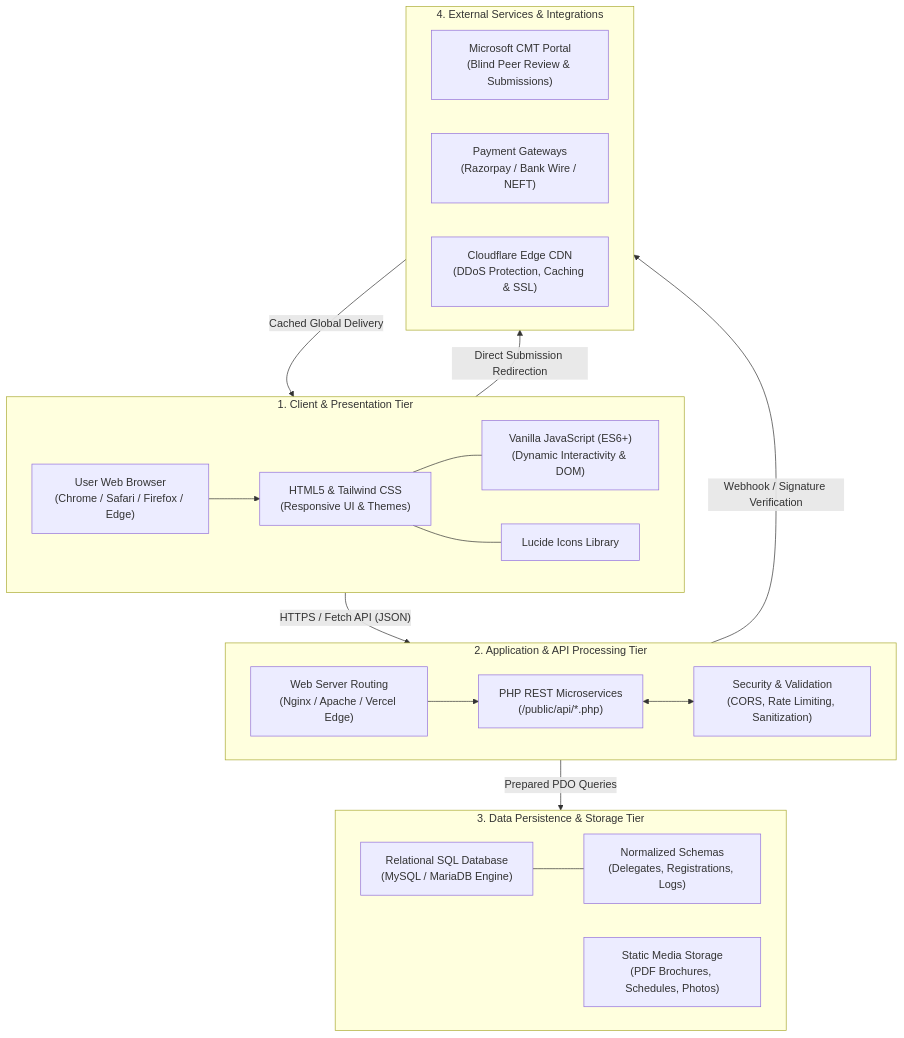
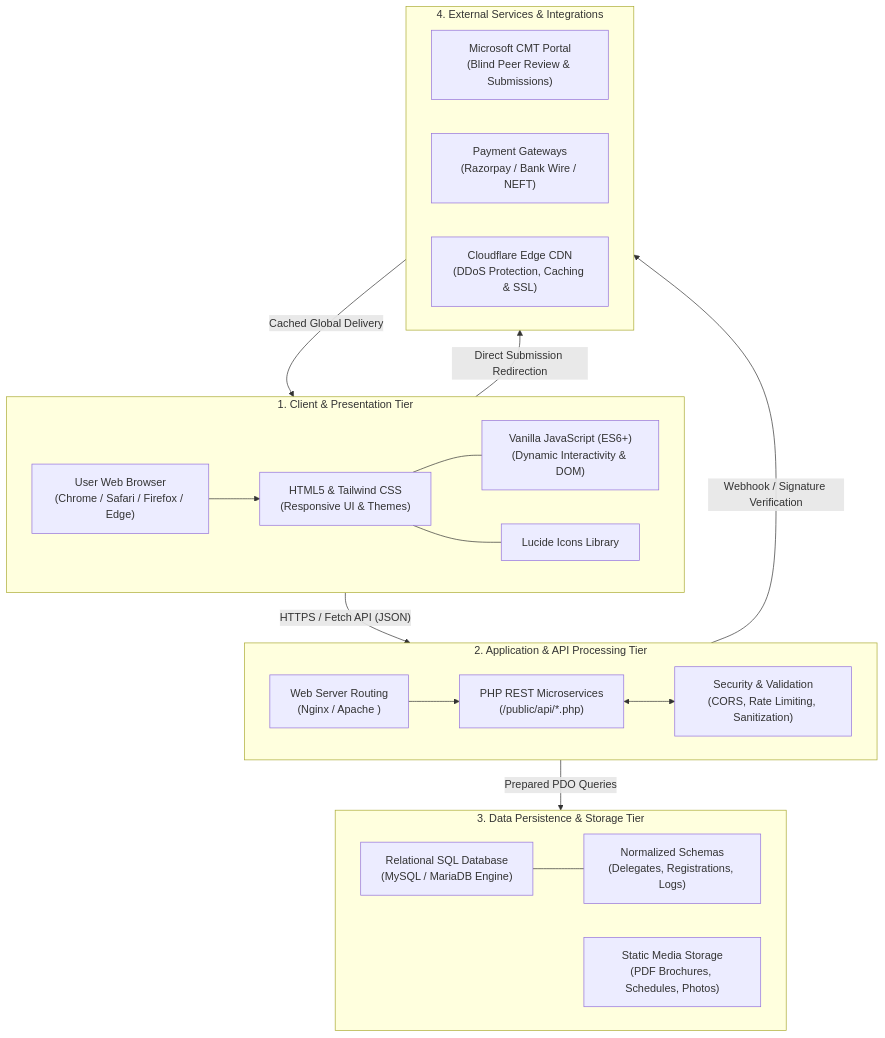
The diagram in README.md (Rlabzteam/Dyuti27), drawn with Mermaid before and after one commit.

Commit message:
Remove Vercel Edge from Web Server Routing

````diff
--- a/README.md
+++ b/README.md
@@ -66,44 +66,44 @@
 ```mermaid
 flowchart TB
     subgraph T1["1. Client & Presentation Tier"]
         direction LR
         Browser["User Web Browser\n(Chrome / Safari / Firefox / Edge)"]
         UI["HTML5 & Tailwind CSS\n(Responsive UI & Themes)"]
         JS["Vanilla JavaScript (ES6+)\n(Dynamic Interactivity & DOM)"]
         Icons["Lucide Icons Library"]
         Browser --> UI
         UI --- JS
         UI --- Icons
     end
 
     subgraph T2["2. Application & API Processing Tier"]
         direction LR
-        WebServer["Web Server Routing\n(Nginx / Apache / Vercel Edge)"]
+        WebServer["Web Server Routing\n(Nginx / Apache )"]
         PHP["PHP REST Microservices\n(/public/api/*.php)"]
         Security["Security & Validation\n(CORS, Rate Limiting, Sanitization)"]
         WebServer --> PHP
         PHP <--> Security
     end
 
     subgraph T3["3. Data Persistence & Storage Tier"]
         direction LR
         SQL["Relational SQL Database\n(MySQL / MariaDB Engine)"]
         Schemas["Normalized Schemas\n(Delegates, Registrations, Logs)"]
         Assets["Static Media Storage\n(PDF Brochures, Schedules, Photos)"]
         SQL --- Schemas
     end
 
     subgraph T4["4. External Services & Integrations"]
         direction LR
         MSCMT["Microsoft CMT Portal\n(Blind Peer Review & Submissions)"]
         Payment["Payment Gateways\n(Razorpay / Bank Wire / NEFT)"]
         CDN["Cloudflare Edge CDN\n(DDoS Protection, Caching & SSL)"]
     end
 
     %% Cross-Tier Data Flow
     T1 -- "HTTPS / Fetch API (JSON)" --> T2
     T2 -- "Prepared PDO Queries" --> T3
     T1 -- "Direct Submission Redirection" --> MSCMT
     T2 -- "Webhook / Signature Verification" --> Payment
     CDN -- "Cached Global Delivery" --> T1
 ```
````
